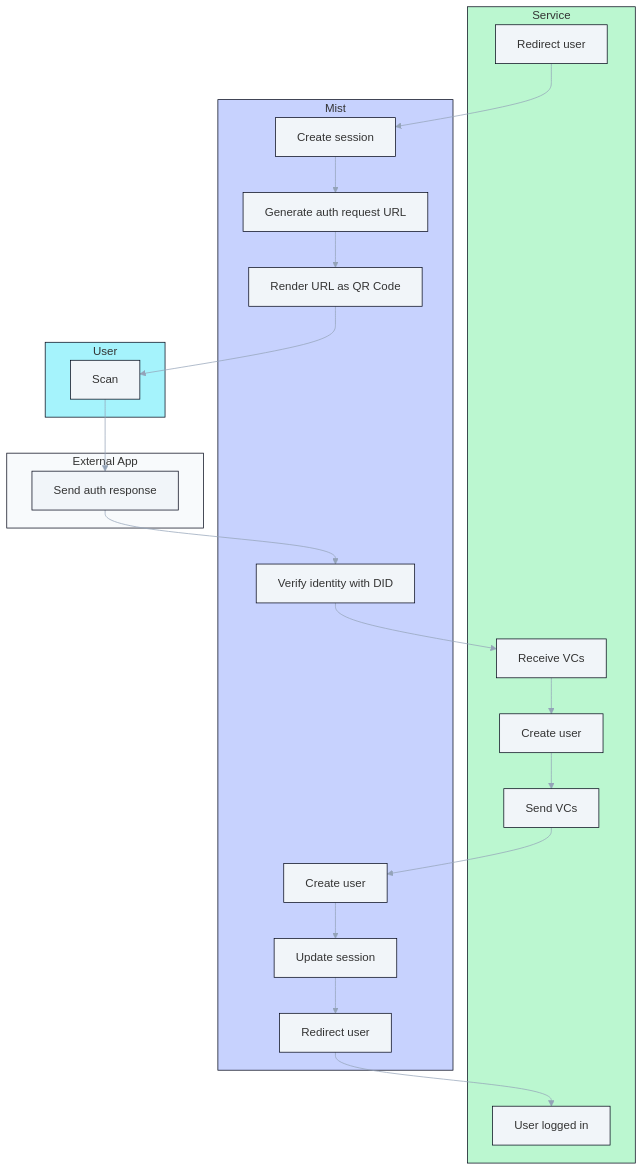
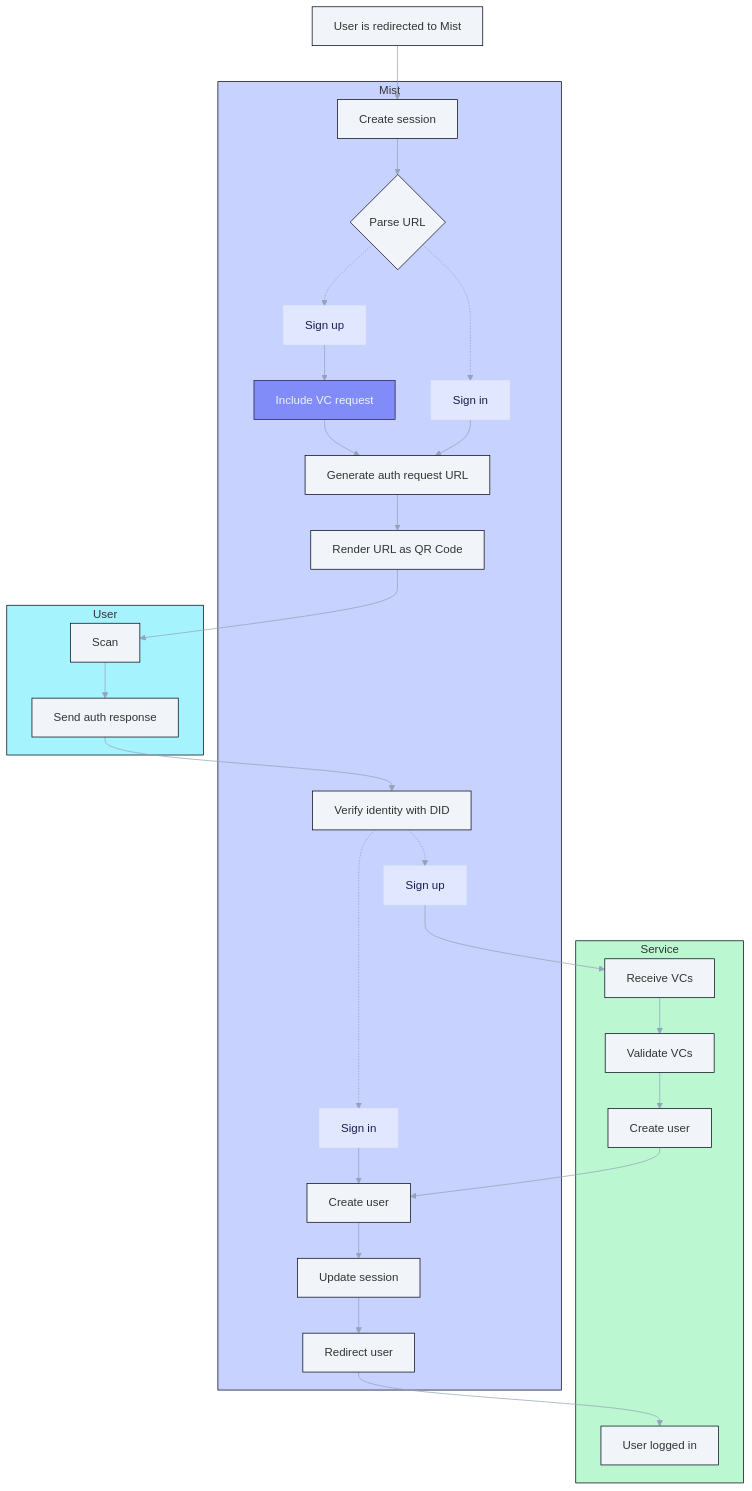
The diagram in docs/development/overview/authentication-flow.mdx (mist-id/mist), drawn with Mermaid before and after one commit. The commit also changed 32 other files, not shown here.

````diff
--- a/docs/development/overview/authentication-flow.mdx
+++ b/docs/development/overview/authentication-flow.mdx
@@ -7,61 +7,76 @@
 ```mermaid
 %%{
   init: {
     'themeVariables': {
       'lineColor': '#94a3b8'
     }
   }
 }%%
 
 flowchart TD
+  Start[User is redirected to Mist]
+
   subgraph Service
-    SRedirect[Redirect user]
     SReceive[Receive VCs]
+    SValidate[Validate VCs]
     SUser[Create user]
-    SRespond[Send VCs]
     SDone[User logged in]
   end
 
   subgraph Mist
     MSession[Create session]
+    MUrl{Parse URL}
+    MUp[Sign up]
+    MIn[Sign in]
     MOIDC[Generate auth request URL]
+    MOIDCWithVCs[Include VC request]
     MQR[Render URL as QR Code]
     MVerify[Verify identity with DID]
     MUser[Create user]
     MUpdateSession[Update session]
     MRedirect[Redirect user]
+
+    MLSignUp[Sign up]
+    MLSignIn[Sign in]
   end
 
   subgraph User
     UScan[Scan]
+    URespond[Send auth response]
   end
 
-  subgraph App["External App"]
-    ARespond[Send auth response]
-  end
-
-  SRedirect --> MSession
-  MSession --> MOIDC
+  Start --> MSession
+  MSession --> MUrl
+  MUrl -.-> MIn
+  MUrl -.-> MUp
+  MUp --> MOIDCWithVCs --> MOIDC
+  MIn --> MOIDC
   MOIDC --> MQR
   MQR --> UScan
-  UScan --> ARespond
-  ARespond --> MVerify
-  MVerify --> SReceive
-  SReceive --> SUser
-  SUser --> SRespond
-  SRespond --> MUser
+  UScan --> URespond
+  URespond --> MVerify
+  MVerify -.-> MLSignUp --> SReceive
+  SReceive --> SValidate
+  SValidate --> SUser
+  SUser --> MUser
+  MVerify -.-> MLSignIn --> MUser
   MUser --> MUpdateSession
   MUpdateSession --> MRedirect
   MRedirect --> SDone
 
   classDef node fill:#f1f5f9,stroke:#020617;
   classDef user fill:#a5f3fc,stroke:#020617;
   classDef app fill:#f8fafc,stroke:#020617;
   classDef mist fill:#c7d2fe,stroke:#020617;
   classDef service fill:#bbf7d0,stroke:#020617;
+  classDef includeVCs fill:#818cf8,color:#eef2ff,stroke:#1e1b4b;
+  classDef mistLabel fill:#e0e7ff,color:#1e1b4b,stroke:#e0e7ff;
 
   class User user;
   class App app;
   class Mist mist;
   class Service service;
+
+  class MOIDCWithVCs includeVCs;
+  class MUp,MIn,MLSignUp,MLSignIn mistLabel;
 ```
````
